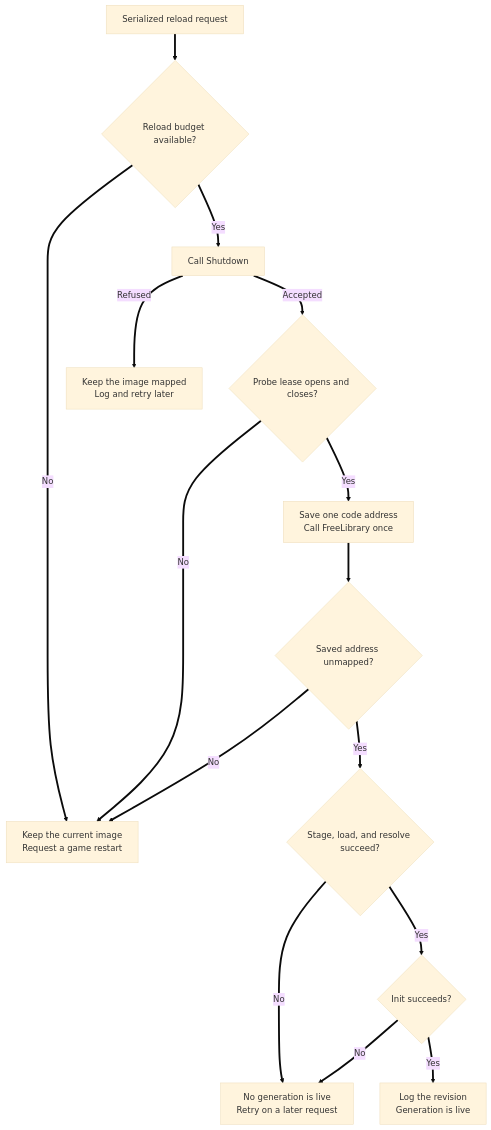
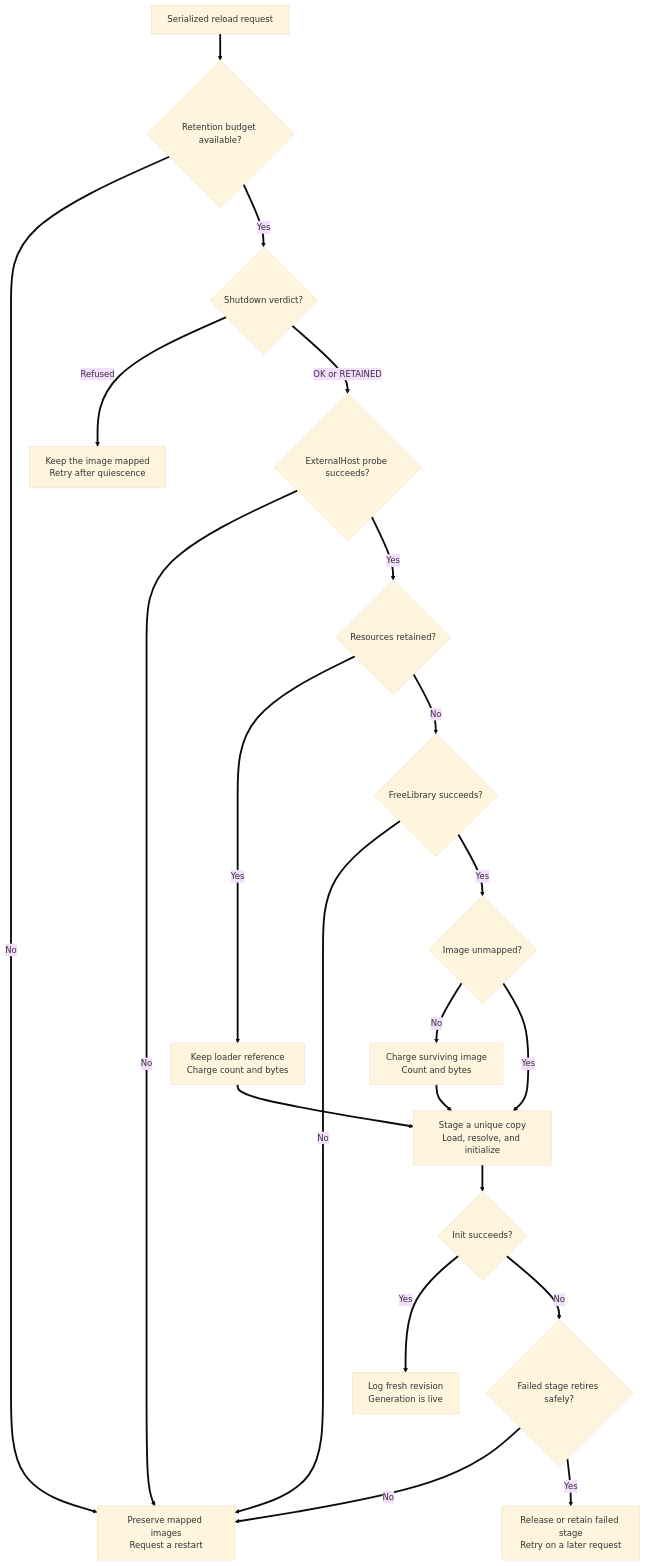
The second of 2 diagrams in docs/guides/hot-reload/README.md (tkhquang/DetourModKit), drawn with Mermaid (base theme) before and after one commit. The commit also changed other lines of this file and 9 other files, not shown here.

````diff
--- a/docs/guides/hot-reload/README.md
+++ b/docs/guides/hot-reload/README.md
@@ -117,17 +140,23 @@
 ```mermaid
 flowchart TD
-    Request["Serialized reload request"] ==> Budget{"Reload budget available?"}
-    Budget ==>|No| Restart["Keep the current image<br/>Request a game restart"]
-    Budget ==>|Yes| Shutdown["Call Shutdown"]
-    Shutdown ==>|Refused| Retry["Keep the image mapped<br/>Log and retry later"]
-    Shutdown ==>|Accepted| Lease{"Probe lease opens and closes?"}
+    Request["Serialized reload request"] ==> Budget{"Retention budget available?"}
+    Budget ==>|No| Restart["Preserve mapped images<br/>Request a restart"]
+    Budget ==>|Yes| Shutdown{"Shutdown verdict?"}
+    Shutdown ==>|Refused| Retry["Keep the image mapped<br/>Retry after quiescence"]
+    Shutdown ==>|OK or RETAINED| Lease{"ExternalHost probe succeeds?"}
     Lease ==>|No| Restart
-    Lease ==>|Yes| Release["Save one code address<br/>Call FreeLibrary once"]
-    Release ==> Unmapped{"Saved address unmapped?"}
-    Unmapped ==>|No| Restart
-    Unmapped ==>|Yes| Prepare{"Stage, load, and resolve succeed?"}
-    Prepare ==>|No| Idle["No generation is live<br/>Retry on a later request"]
-    Prepare ==>|Yes| Init{"Init succeeds?"}
-    Init ==>|No| Idle
-    Init ==>|Yes| Live["Log the revision<br/>Generation is live"]
+    Lease ==>|Yes| Verdict{"Resources retained?"}
+    Verdict ==>|Yes| Retain["Keep loader reference<br/>Charge count and bytes"]
+    Verdict ==>|No| Release{"FreeLibrary succeeds?"}
+    Release ==>|No| Restart
+    Release ==>|Yes| Probe{"Image unmapped?"}
+    Probe ==>|No| Account["Charge surviving image<br/>Count and bytes"]
+    Probe ==>|Yes| Prepare["Stage a unique copy<br/>Load, resolve, and initialize"]
+    Retain ==> Prepare
+    Account ==> Prepare
+    Prepare ==> Result{"Init succeeds?"}
+    Result ==>|Yes| Live["Log fresh revision<br/>Generation is live"]
+    Result ==>|No| Cleanup{"Failed stage retires safely?"}
+    Cleanup ==>|No| Restart
+    Cleanup ==>|Yes| Idle["Release or retain failed stage<br/>Retry on a later request"]
 ```
````
